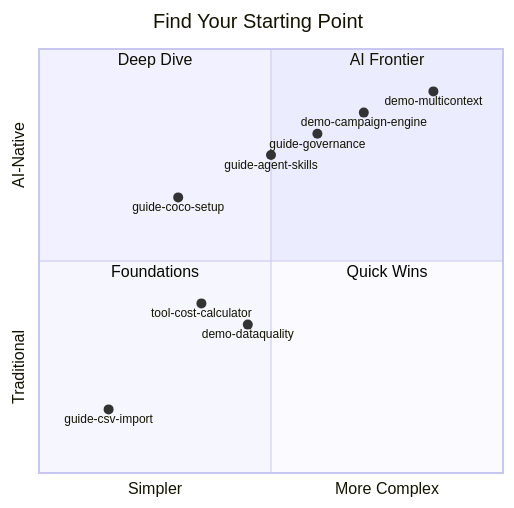
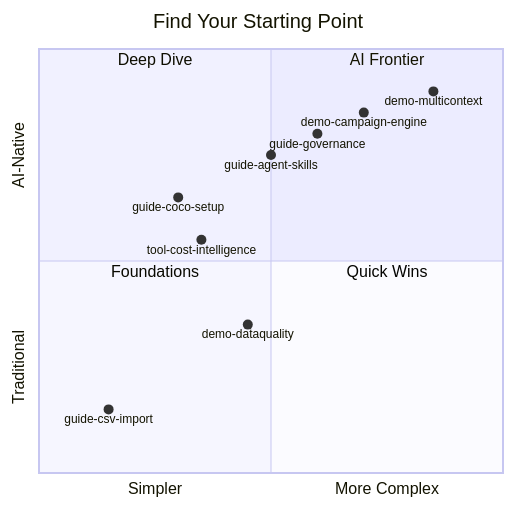
One commit to sfc-gh-miwhitaker/sfe-public changed the diagram in README.md. Above: the diagram before and after it, drawn with Mermaid. The commit also changed other lines of this file and 42 other files, not shown here.

First line of the commit message:
docs: update README and guide documentation for Cortex Cost Intelligence

````diff
--- a/README.md
+++ b/README.md
@@ -10,18 +10,18 @@
 ```mermaid
 quadrantChart
     title Find Your Starting Point
     x-axis Simpler --> More Complex
     y-axis Traditional --> AI-Native
     quadrant-1 AI Frontier
     quadrant-2 Deep Dive
     quadrant-3 Foundations
     quadrant-4 Quick Wins
     guide-csv-import: [0.15, 0.15]
     guide-coco-setup: [0.3, 0.65]
-    tool-cost-calculator: [0.35, 0.4]
+    tool-cost-intelligence: [0.35, 0.55]
     demo-dataquality: [0.45, 0.35]
     guide-agent-skills: [0.5, 0.75]
     demo-campaign-engine: [0.7, 0.85]
     demo-multicontext: [0.85, 0.9]
     guide-governance: [0.6, 0.8]
 ```
````
